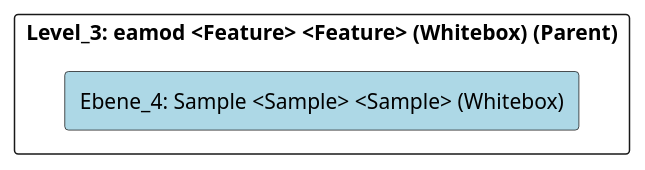
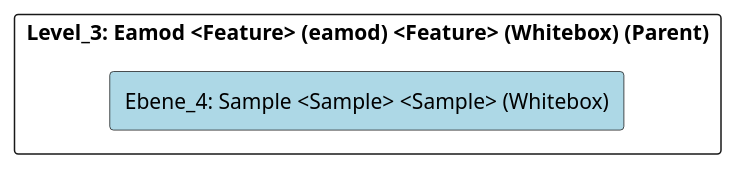
The diagram in doc/cleonproject_deliverables_architecture_model_architecture/adoc/de/05_bausteinsicht/cleon/architecture_methods/eamod/sample/ebene_4_sample.adoc (marcozwyssig/cleon), drawn with PlantUML before and after one commit. The commit also changed other lines of this file and 166 other files, not shown here.

```diff
--- a/doc/cleonproject_deliverables_architecture_model_architecture/adoc/de/05_bausteinsicht/cleon/architecture_methods/eamod/sample/ebene_4_sample.adoc
+++ b/doc/cleonproject_deliverables_architecture_model_architecture/adoc/de/05_bausteinsicht/cleon/architecture_methods/eamod/sample/ebene_4_sample.adoc
@@ -20,24 +20,24 @@
 [plantuml, Ebene_4: Sample <Sample> <Sample> (Whitebox)BlockOverview, format="svg"]
 ----
 @startuml Ebene_4: Sample <Sample> <Sample> (Whitebox)BuildingBlockOverview
 
 skinparam ranksep 10
 skinparam componentStyle rectangle
 skinparam shadowing false
 skinparam arrowColor lightblue
 skinparam arrowThickness 1.2
 skinparam rectangle {
   BackgroundColor White
   BorderColor #333
   RoundCorner 10
 }
 top to bottom direction
 
-component "Level_3: eamod <Feature> <Feature> (Whitebox) (Parent)" {
+component "Level_3: Eamod <Feature> (eamod) <Feature> (Whitebox) (Parent)" {
     component "Ebene_4: Sample <Sample> <Sample> (Whitebox)" #lightblue {
     }
 
 }
 
 @enduml
 ----
```
